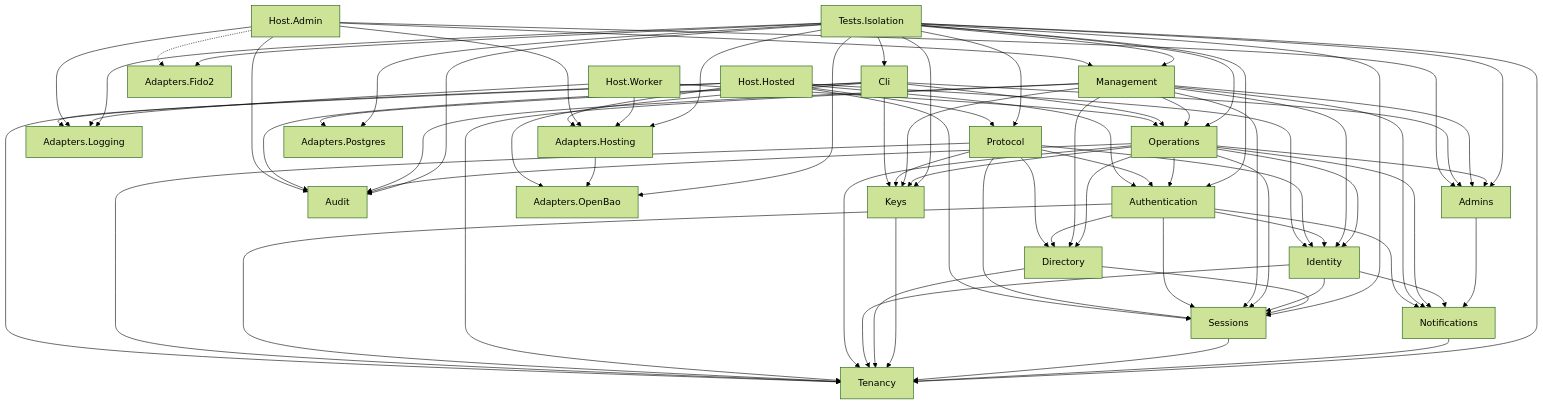
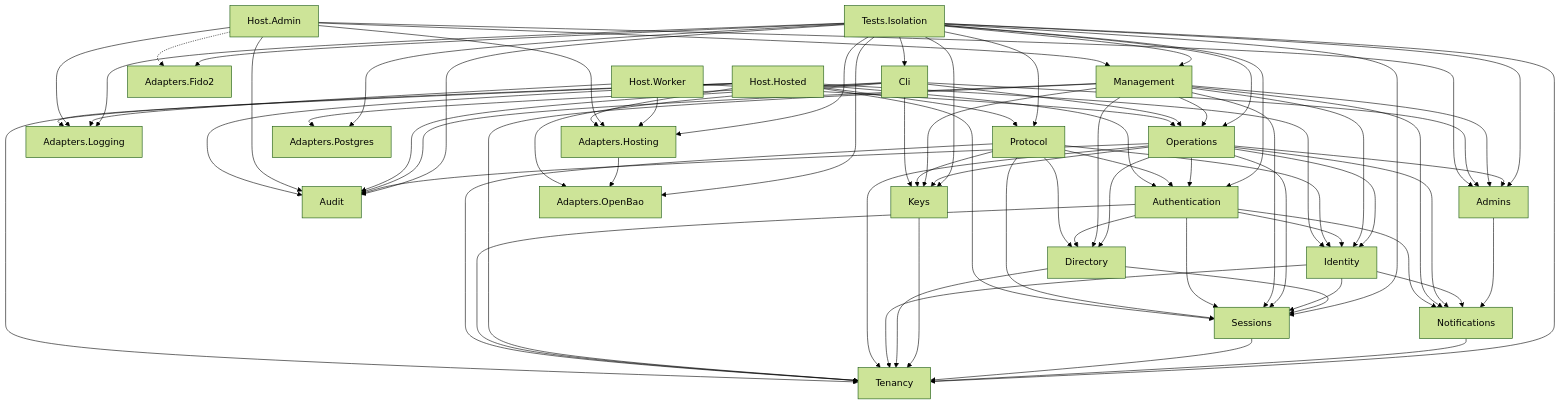
Before and after one commit to shanilmelder/gatekeep: the diagram in docs/architecture/module-dependencies.md, drawn with Mermaid (forest theme). The commit also changed 72 other files, not shown here.

```diff
--- a/docs/architecture/module-dependencies.md
+++ b/docs/architecture/module-dependencies.md
@@ -9,6 +9,7 @@
   HostHosted[Host.Hosted]
   Protocol[Protocol]
   Authentication[Authentication]
+  Audit[Audit]
   Identity[Identity]
   Sessions[Sessions]
   Tenancy[Tenancy]
@@ -17,7 +18,6 @@
   HostAdmin[Host.Admin]
   Management[Management]
   Admins[Admins]
-  Audit[Audit]
   AdaptersFido2[Adapters.Fido2]
   HostWorker[Host.Worker]
   Operations[Operations]
@@ -30,6 +30,7 @@
   TestsIsolation[Tests.Isolation]
   HostHosted --> Protocol
   HostHosted --> Authentication
+  HostHosted --> Audit
   HostHosted --> Identity
   HostHosted --> Sessions
   HostHosted --> Tenancy
```
